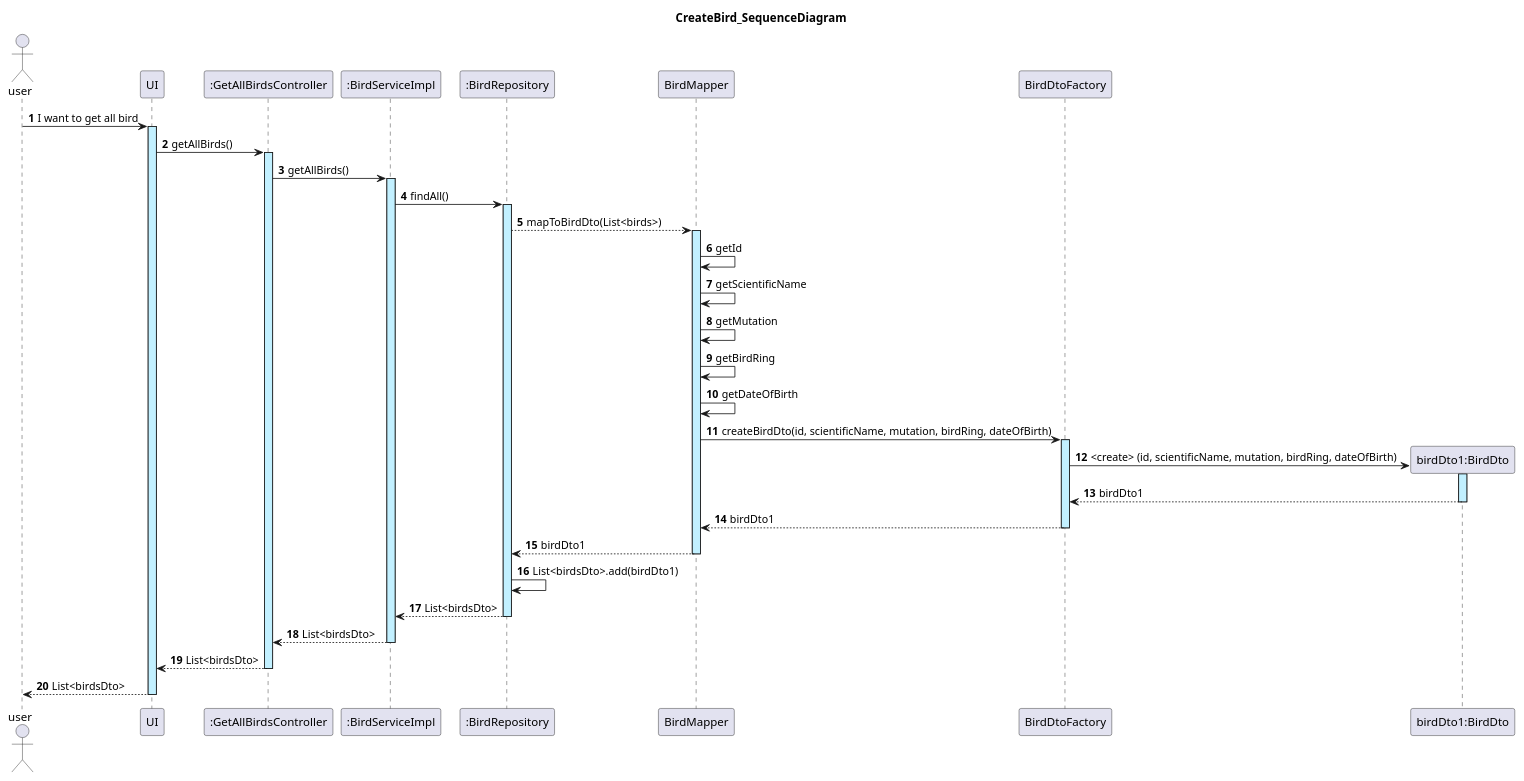
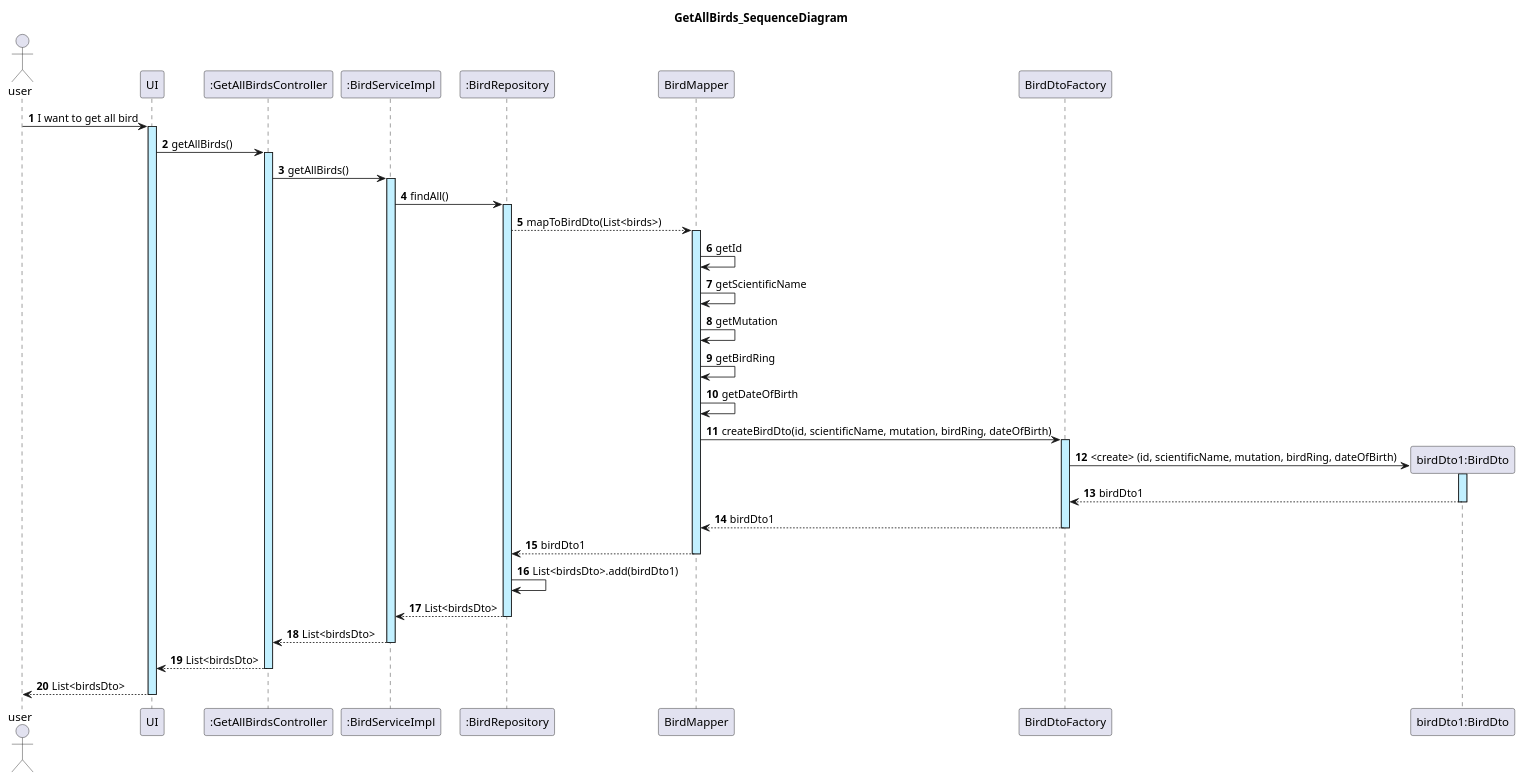
One commit to rubenrocha26/bms-backend changed the diagram in docs/getAllBirds/GetAllBirds_SequenceDiagram.puml. Above: the diagram before and after it, drawn with PlantUML. The commit also changed 2 other files, not shown here.

```diff
--- a/docs/getAllBirds/GetAllBirds_SequenceDiagram.puml
+++ b/docs/getAllBirds/GetAllBirds_SequenceDiagram.puml
@@ -1,32 +1,32 @@
 @startuml
 actor user
 autonumber
 
-title: CreateBird_SequenceDiagram
+title: GetAllBirds_SequenceDiagram
 
 user -> UI ++ #application : I want to get all bird
 UI -> ":GetAllBirdsController" as GetAllBirdsController ++ #application : getAllBirds()
 
 GetAllBirdsController -> ":BirdServiceImpl" as BirdServiceImpl ++ #application : getAllBirds()
 BirdServiceImpl -> ":BirdRepository" as BirdRepository ++ #application : findAll()
 BirdRepository --> BirdMapper ++ #application : mapToBirdDto(List<birds>)
 BirdMapper -> BirdMapper : getId
 BirdMapper -> BirdMapper : getScientificName
 BirdMapper -> BirdMapper : getMutation
 BirdMapper -> BirdMapper : getBirdRing
 BirdMapper -> BirdMapper : getDateOfBirth
 
 BirdMapper -> "BirdDtoFactory" as BirdDtoFactory ++ #application : createBirdDto(id, scientificName, mutation, birdRing, dateOfBirth)
 create "birdDto1:BirdDto" as BirdDto
 BirdDtoFactory -> BirdDto ++ #application : <create> (id, scientificName, mutation, birdRing, dateOfBirth)
 BirdDto --> BirdDtoFactory -- : birdDto1
 BirdDtoFactory --> BirdMapper -- : birdDto1
 BirdMapper --> BirdRepository -- : birdDto1
 BirdRepository -> BirdRepository : List<birdsDto>.add(birdDto1)
 BirdRepository --> BirdServiceImpl -- : List<birdsDto>
 
 BirdServiceImpl --> GetAllBirdsController -- : List<birdsDto>
 GetAllBirdsController --> UI -- : List<birdsDto>
 UI --> user -- : List<birdsDto>
 
 @enduml
```
